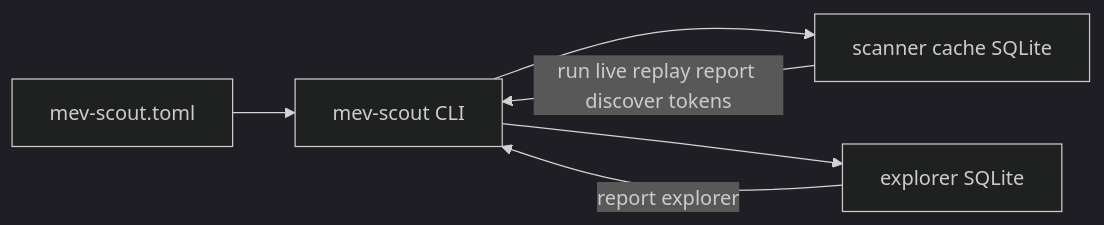
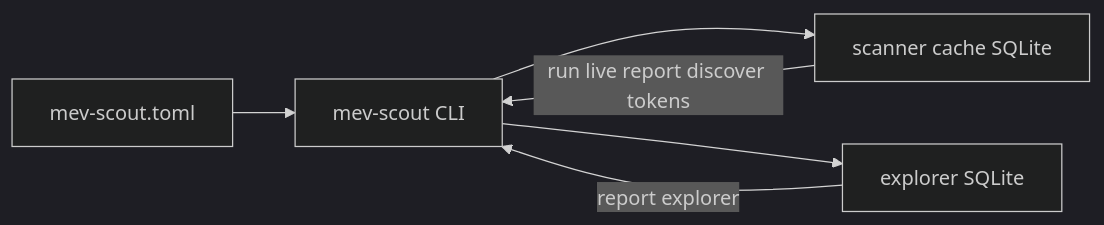
Before and after one commit to moha-moradi/mev-scout: the second of 10 diagrams in docs/ARCHITECTURE.md, drawn with Mermaid (dark theme). The commit also changed other lines of this file and 28 other files, not shown here.

````diff
--- a/docs/ARCHITECTURE.md
+++ b/docs/ARCHITECTURE.md
@@ -176,12 +166,12 @@
 ```mermaid
 flowchart LR
     toml[mev-scout.toml]
     cli[mev-scout CLI]
     cache[scanner cache SQLite]
     explorer[explorer SQLite]
     toml --> cli
     cli --> cache
     cli --> explorer
-    cache -->|"run live replay report discover tokens"| cli
+    cache -->|"run live report discover tokens"| cli
     explorer -->|"report explorer"| cli
 ```
````
